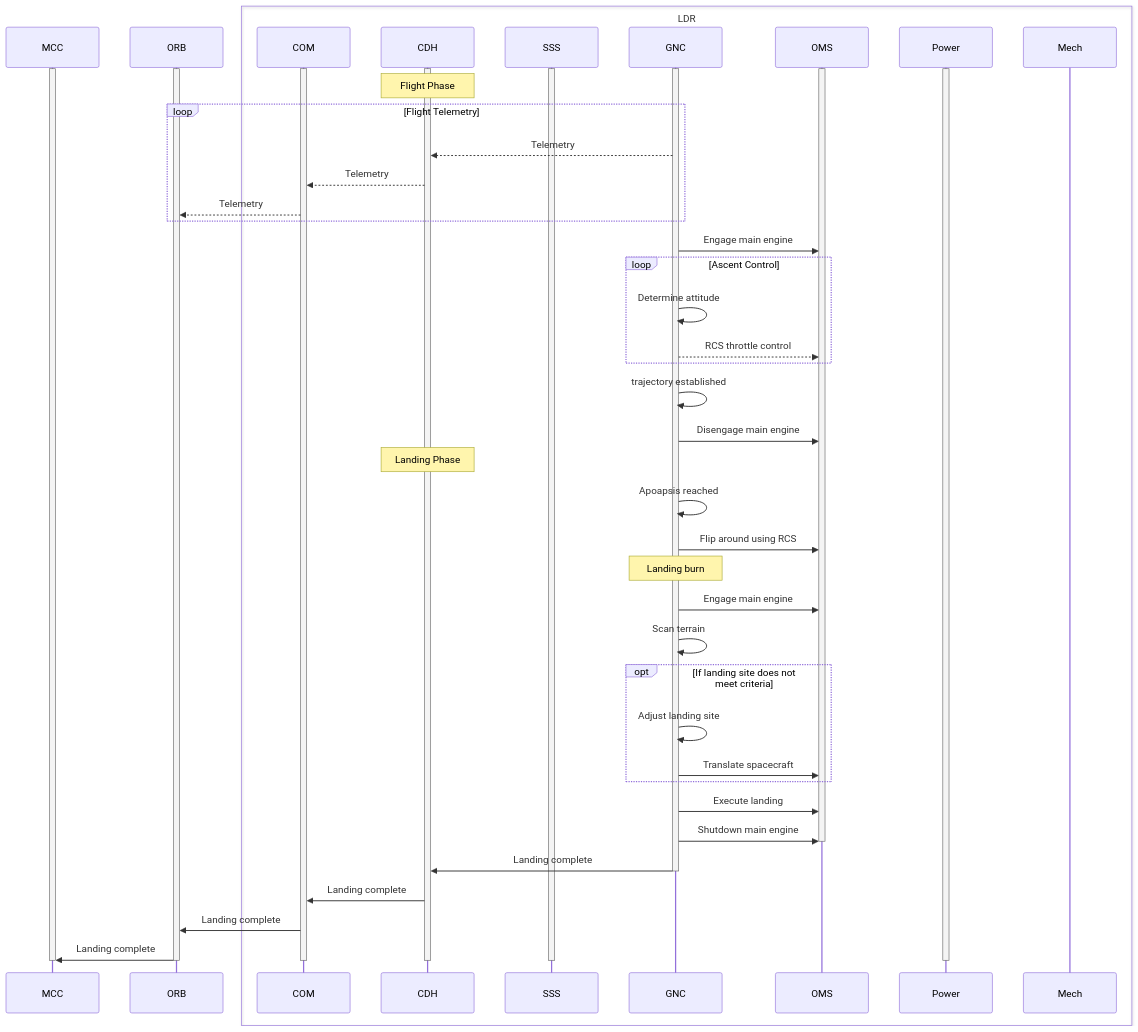
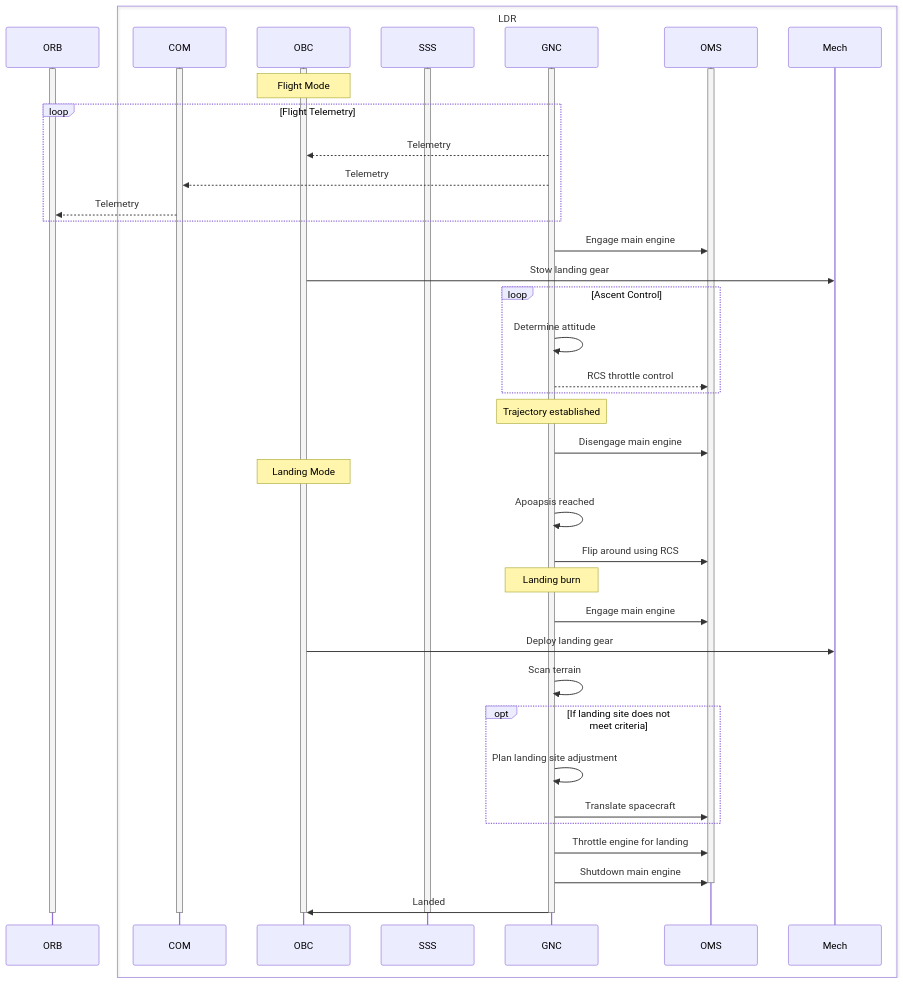
The diagram in diagrams/lander hop sequences/flight.md (DM1122/aer407-enceladus-simulation), drawn with Mermaid before and after one commit. The commit also changed 14 other files, not shown here.

Commit message:
Rename CDH to OBC

````diff
--- a/diagrams/lander hop sequences/flight.md
+++ b/diagrams/lander hop sequences/flight.md
@@ -2,72 +2,63 @@
 ```mermaid
 sequenceDiagram
-    
-    participant MCC
+
     participant ORB
 
     box LDR
         participant COM
-        participant CDH
+        participant OBC
         participant SSS
         participant GNC
         participant OMS
-        participant Power
         participant Mech
     end
 
     activate ORB
-    activate CDH
+    activate OBC
     activate COM
     activate SSS
-    activate Power
-    activate MCC
     activate GNC
     activate OMS
 
-    Note over CDH: Flight Phase
+    Note over OBC: Flight Mode
         
         loop Flight Telemetry
-            GNC -->> CDH: Telemetry
-            CDH -->> COM: Telemetry
+            GNC -->> OBC: Telemetry
+            GNC -->> COM: Telemetry
             COM -->> ORB: Telemetry
         end     
         GNC ->> OMS: Engage main engine
-
+        OBC ->> Mech: Stow landing gear
 
         loop Ascent Control
             GNC ->> GNC: Determine attitude
             GNC -->> OMS: RCS throttle control
         end
 
-        GNC ->> GNC: trajectory established
+        Note over GNC: Trajectory established
         GNC ->> OMS: Disengage main engine
 
-    Note over CDH: Landing Phase
+    Note over OBC: Landing Mode
         GNC ->> GNC: Apoapsis reached
         GNC ->> OMS: Flip around using RCS
         Note over GNC: Landing burn
             GNC ->> OMS: Engage main engine
+            OBC ->> Mech: Deploy landing gear
             GNC ->> GNC: Scan terrain
         
             opt If landing site does not meet criteria
-                GNC ->> GNC: Adjust landing site
+                GNC ->> GNC: Plan landing site adjustment
                 GNC ->> OMS: Translate spacecraft
             end
 
-            GNC ->> OMS: Execute landing
+            GNC ->> OMS: Throttle engine for landing
             GNC ->> OMS: Shutdown main engine
             deactivate OMS            
-            GNC ->> CDH: Landing complete
+            GNC ->> OBC: Landed
             deactivate GNC
-            CDH ->> COM: Landing complete
-            COM ->> ORB: Landing complete
-            ORB ->> MCC: Landing complete
-            
 
-    deactivate CDH
+    deactivate OBC
     deactivate COM
     deactivate SSS
-    deactivate Power
     deactivate ORB
-    deactivate MCC
 ```
````
